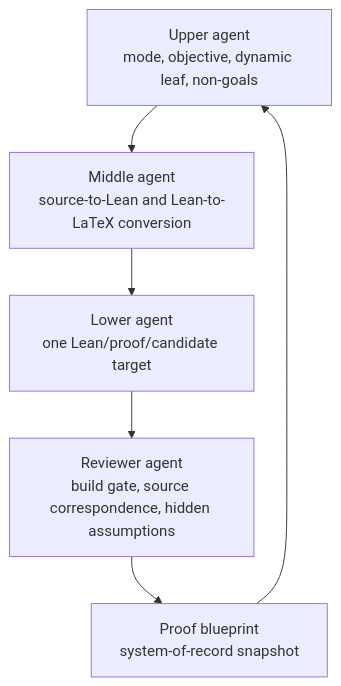
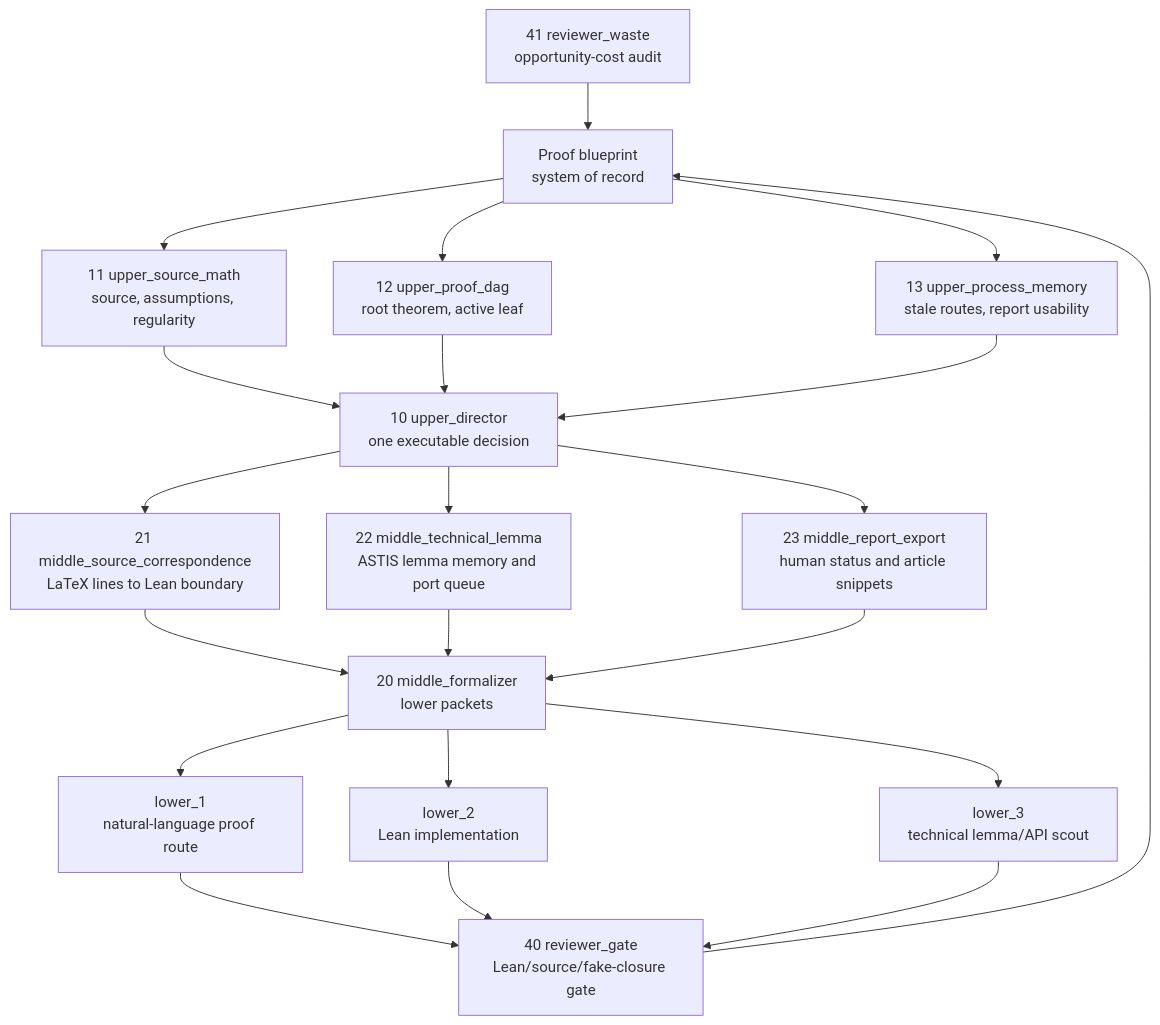
One commit to DakeBU/Auto-Sampling-Theory-In-Sleep changed the second of 2 diagrams in README.md. Above: the diagram before and after it, drawn with Mermaid. The commit also changed other lines of this file and 391 other files, not shown here.

Commit message:
Improve ASTIS panel cadence and agent orchestration

````diff
--- a/README.md
+++ b/README.md
@@ -103,14 +106,38 @@
 ```mermaid
-flowchart TB
-  U[Upper agent<br/>mode, objective, dynamic leaf, non-goals]
-  M[Middle agent<br/>source-to-Lean and Lean-to-LaTeX conversion]
-  L[Lower agent<br/>one Lean/proof/candidate target]
-  R[Reviewer agent<br/>build gate, source correspondence, hidden assumptions]
-  B[Proof blueprint<br/>system-of-record snapshot]
+flowchart TD
+  B[Proof blueprint<br/>system of record]
+  S[11 upper_source_math<br/>source, assumptions, regularity]
+  D[12 upper_proof_dag<br/>root theorem, active leaf]
+  P[13 upper_process_memory<br/>stale routes, report usability]
+  U[10 upper_director<br/>one executable decision]
+  C[21 middle_source_correspondence<br/>LaTeX lines to Lean boundary]
+  T[22 middle_technical_lemma<br/>ASTIS lemma memory and port queue]
+  E[23 middle_report_export<br/>human status and article snippets]
+  M[20 middle_formalizer<br/>lower packets]
+  L1[lower_1<br/>natural-language proof route]
+  L2[lower_2<br/>Lean implementation]
+  L3[lower_3<br/>technical lemma/API scout]
+  R[40 reviewer_gate<br/>Lean/source/fake-closure gate]
+  W[41 reviewer_waste<br/>opportunity-cost audit]
 
-  B --> U
-  U --> M
-  M --> L
-  L --> R
+  B --> S
+  B --> D
+  B --> P
+  S --> U
+  D --> U
+  P --> U
+  U --> C
+  U --> T
+  U --> E
+  C --> M
+  T --> M
+  E --> M
+  M --> L1
+  M --> L2
+  M --> L3
+  L1 --> R
+  L2 --> R
+  L3 --> R
   R --> B
+  W --> B
 ```
````
